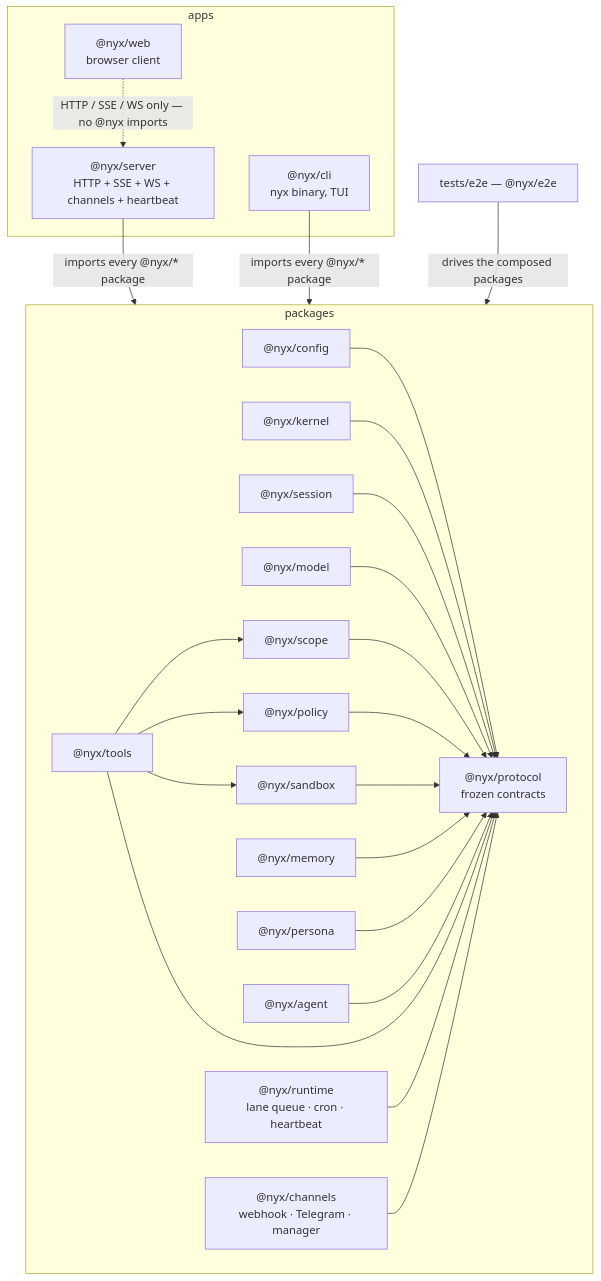
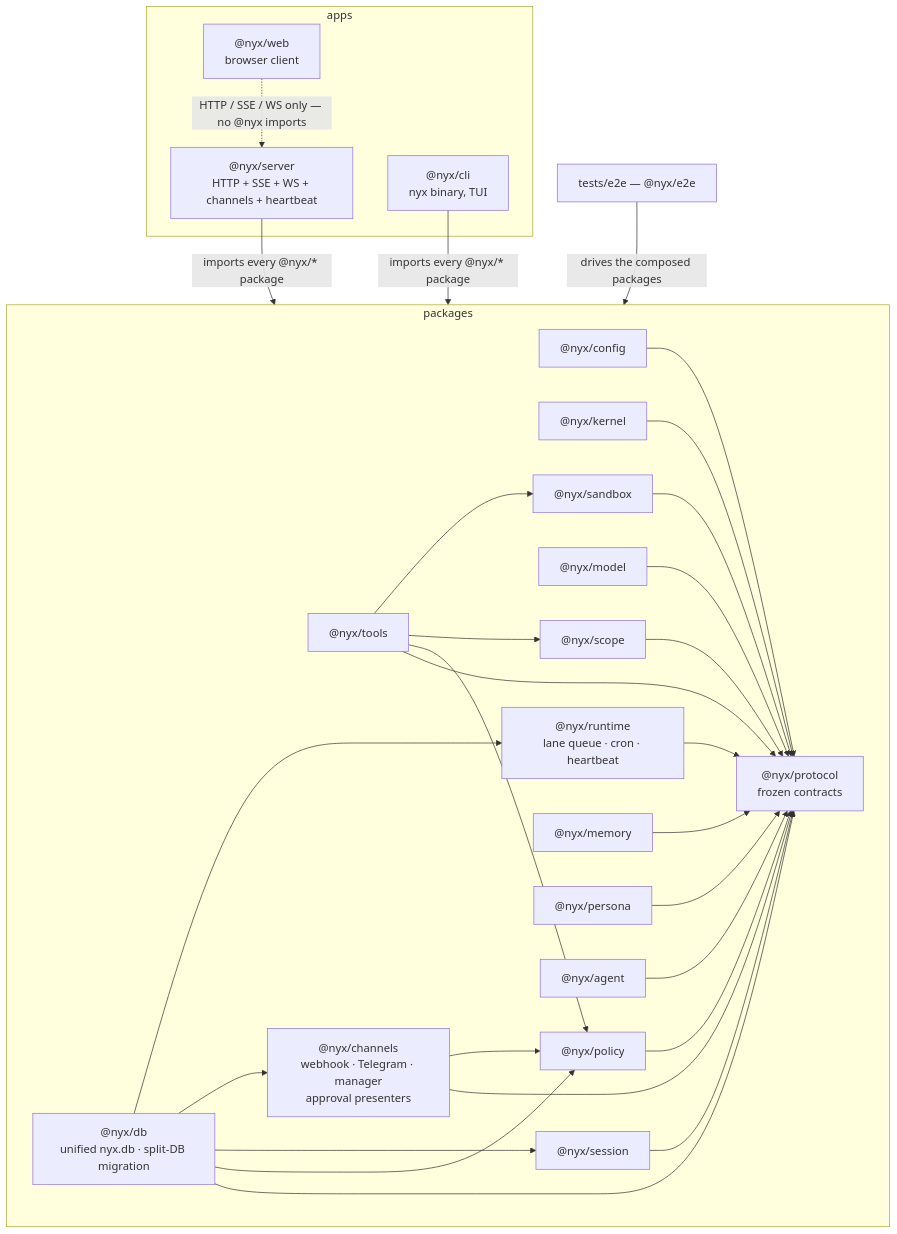
The first of 2 diagrams in docs/ARCHITECTURE.md (MIndFlare-V0RT3X/nyx), drawn with Mermaid before and after one commit. The commit also changed other lines of this file and 6 other files, not shown here.

````diff
--- a/docs/ARCHITECTURE.md
+++ b/docs/ARCHITECTURE.md
@@ -23,49 +23,56 @@
 ```mermaid
 flowchart TD
   subgraph apps["apps"]
     SERVER["@nyx/server<br/>HTTP + SSE + WS + channels + heartbeat"]
     CLI["@nyx/cli<br/>nyx binary, TUI"]
     WEB["@nyx/web<br/>browser client"]
   end
 
   subgraph libs["packages"]
     PROTOCOL["@nyx/protocol<br/>frozen contracts"]
     CONFIG["@nyx/config"]
     KERNEL["@nyx/kernel"]
     SESSION["@nyx/session"]
     MODEL["@nyx/model"]
     SCOPE["@nyx/scope"]
     POLICY["@nyx/policy"]
     SANDBOX["@nyx/sandbox"]
     MEMORY["@nyx/memory"]
     PERSONA["@nyx/persona"]
     TOOLS["@nyx/tools"]
     AGENT["@nyx/agent"]
     RUNTIME["@nyx/runtime<br/>lane queue · cron · heartbeat"]
-    CHANNELS["@nyx/channels<br/>webhook · Telegram · manager"]
+    CHANNELS["@nyx/channels<br/>webhook · Telegram · manager<br/>approval presenters"]
+    DB["@nyx/db<br/>unified nyx.db · split-DB migration"]
   end
 
   E2E["tests/e2e — @nyx/e2e"]
 
   CONFIG --> PROTOCOL
   KERNEL --> PROTOCOL
   SESSION --> PROTOCOL
   MODEL --> PROTOCOL
   SCOPE --> PROTOCOL
   POLICY --> PROTOCOL
   SANDBOX --> PROTOCOL
   MEMORY --> PROTOCOL
   PERSONA --> PROTOCOL
   AGENT --> PROTOCOL
   TOOLS --> PROTOCOL
   TOOLS --> POLICY
   TOOLS --> SCOPE
   TOOLS --> SANDBOX
   RUNTIME --> PROTOCOL
   CHANNELS --> PROTOCOL
+  CHANNELS --> POLICY
+  DB --> PROTOCOL
+  DB --> POLICY
+  DB --> SESSION
+  DB --> CHANNELS
+  DB --> RUNTIME
 
   SERVER -->|"imports every @nyx/* package"| libs
   CLI -->|"imports every @nyx/* package"| libs
   E2E -->|"drives the composed packages"| libs
   WEB -.->|"HTTP / SSE / WS only — no @nyx imports"| SERVER
 ```
````
